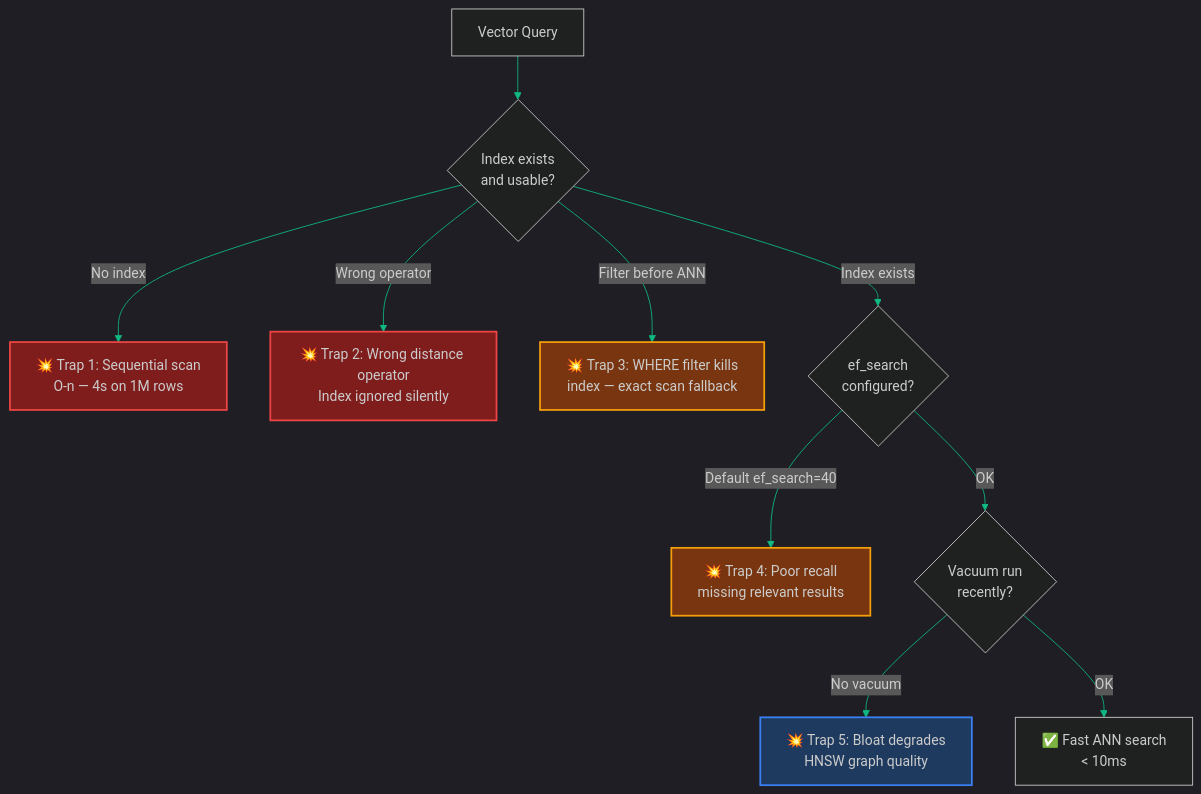
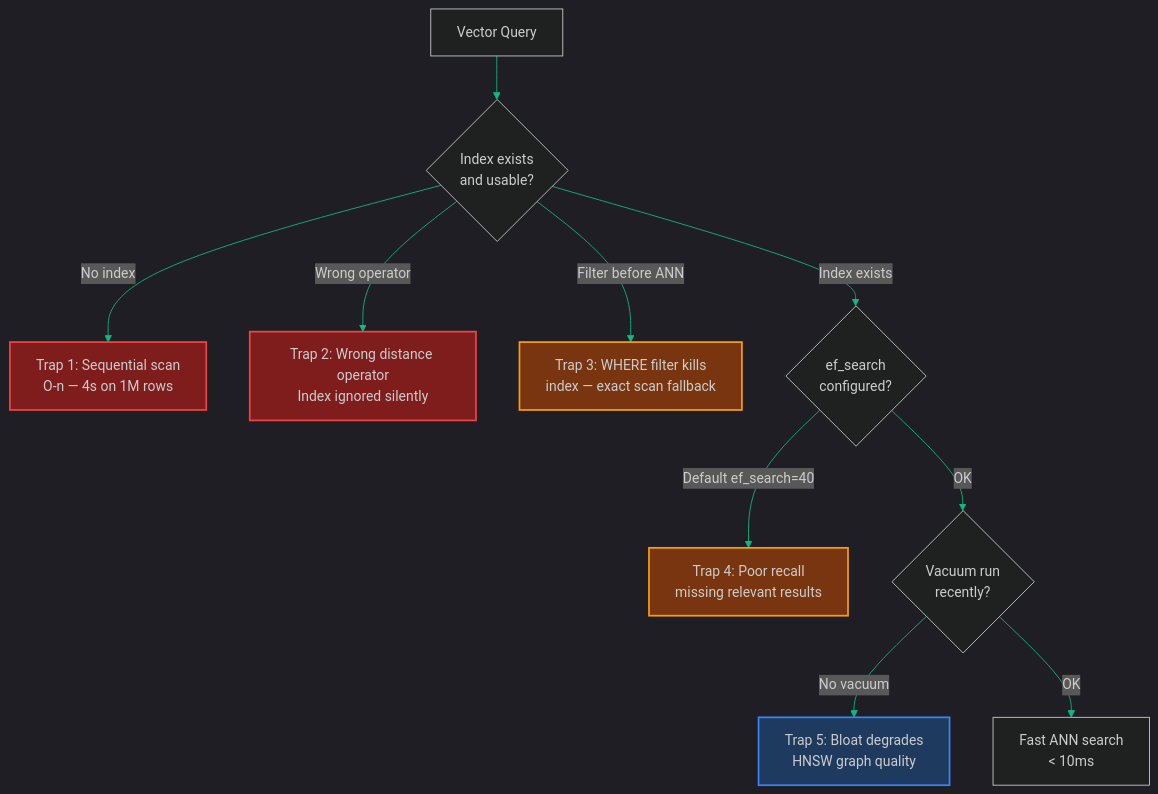
One commit to akmalkhaniub/akmalkhaniub.github.io changed the diagram in blog/posts/pgvector-index-performance-traps.md. Above: the diagram before and after it, drawn with Mermaid. The commit also changed other lines of this file and 411 other files, not shown here.

````diff
--- a/blog/posts/pgvector-index-performance-traps.md
+++ b/blog/posts/pgvector-index-performance-traps.md
@@ -13,19 +13,19 @@
 ```mermaid
 %%{init: {'theme': 'dark', 'themeVariables': { 'primaryColor': '#10b981', 'primaryTextColor': '#f3f4f6', 'primaryBorderColor': '#34d399', 'lineColor': '#10b981', 'secondaryColor': '#111827', 'tertiaryColor': '#0f172a'}}}%%
 flowchart TD
     Q[Vector Query] --> P{Index exists<br/>and usable?}
-    P -->|No index| S1[💥 Trap 1: Sequential scan<br/>O-n — 4s on 1M rows]
-    P -->|Wrong operator| S2[💥 Trap 2: Wrong distance operator<br/>Index ignored silently]
-    P -->|Filter before ANN| S3[💥 Trap 3: WHERE filter kills<br/>index — exact scan fallback]
+    P -->|No index| S1[ Trap 1: Sequential scan<br/>O-n — 4s on 1M rows]
+    P -->|Wrong operator| S2[ Trap 2: Wrong distance operator<br/>Index ignored silently]
+    P -->|Filter before ANN| S3[ Trap 3: WHERE filter kills<br/>index — exact scan fallback]
     P -->|Index exists| C{ef_search<br/>configured?}
-    C -->|Default ef_search=40| S4[💥 Trap 4: Poor recall<br/>missing relevant results]
+    C -->|Default ef_search=40| S4[ Trap 4: Poor recall<br/>missing relevant results]
     C -->|OK| D{Vacuum run<br/>recently?}
-    D -->|No vacuum| S5[💥 Trap 5: Bloat degrades<br/>HNSW graph quality]
-    D -->|OK| R[✅ Fast ANN search<br/>< 10ms]
+    D -->|No vacuum| S5[ Trap 5: Bloat degrades<br/>HNSW graph quality]
+    D -->|OK| R[ Fast ANN search<br/>< 10ms]
 
     style S1 fill:#7f1d1d,stroke:#ef4444,stroke-width:2px
     style S2 fill:#7f1d1d,stroke:#ef4444,stroke-width:2px
     style S3 fill:#78350f,stroke:#f59e0b,stroke-width:2px
     style S4 fill:#78350f,stroke:#f59e0b,stroke-width:2px
     style S5 fill:#1e3a5f,stroke:#3b82f6,stroke-width:2px
 ```
````
